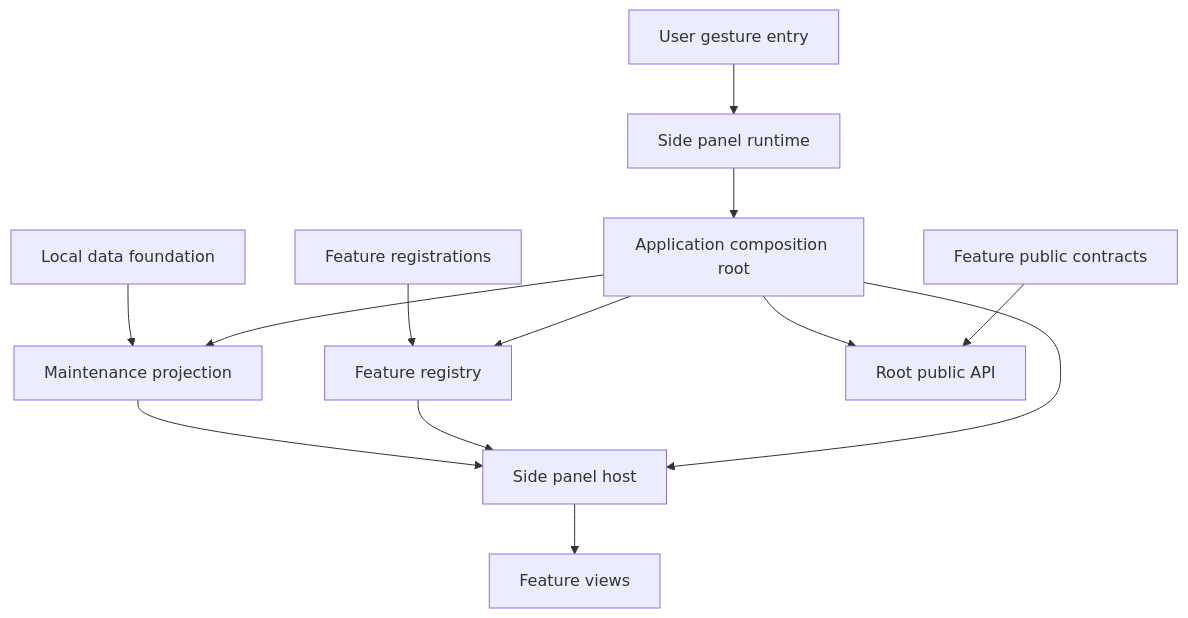
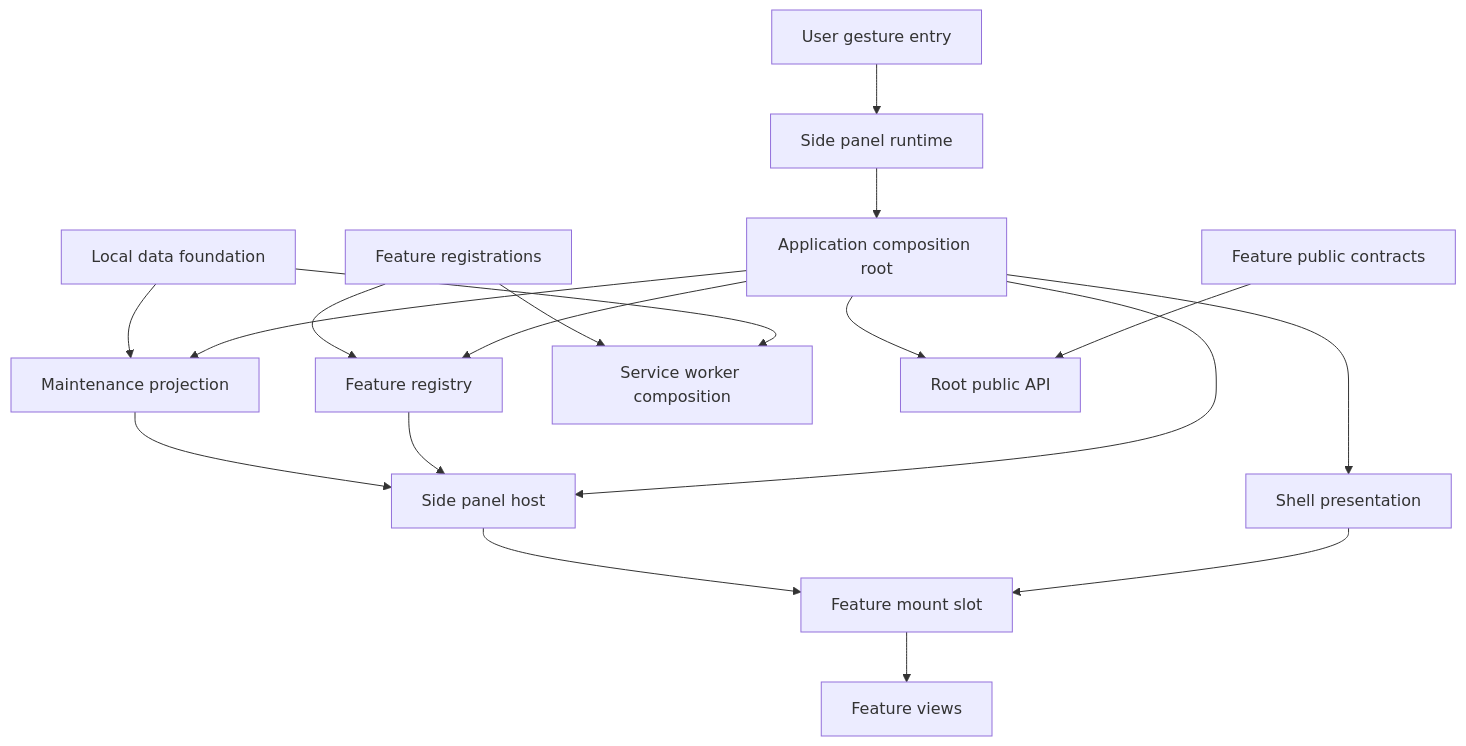
One commit to Huruikagi/pc-build-planner changed the first of 2 diagrams in .kiro/specs/application-shell/design.md. Above: the diagram before and after it, drawn with Mermaid. The commit also changed other lines of this file and 2 other files, not shown here.

Commit message:
docs(application-shell): align production composition design

````diff
--- a/.kiro/specs/application-shell/design.md
+++ b/.kiro/specs/application-shell/design.md
@@ -58,15 +69,20 @@
 ```mermaid
 graph TB
     Gesture[User gesture entry] --> Runtime[Side panel runtime]
     Runtime --> Root[Application composition root]
     Root --> Registry[Feature registry]
     Root --> Maintenance[Maintenance projection]
+    Root --> Presentation[Shell presentation]
+    Presentation --> FeatureSlot[Feature mount slot]
     Root --> Host[Side panel host]
+    Host --> FeatureSlot
     Registry --> Host
     Maintenance --> Host
     Foundation[Local data foundation] --> Maintenance
+    Foundation --> WorkerRuntime[Service worker composition]
+    Features --> WorkerRuntime
     Features[Feature registrations] --> Registry
-    Host --> FeatureViews[Feature views]
+    FeatureSlot --> FeatureViews[Feature views]
     PublicContracts[Feature public contracts] --> RootApi[Root public API]
     Root --> RootApi
 ```
````
